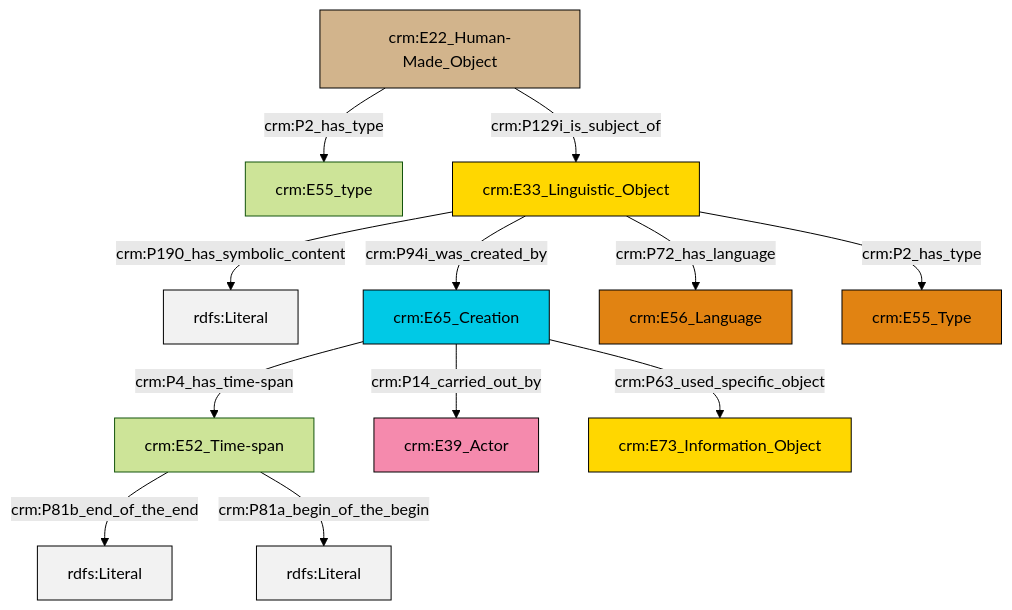
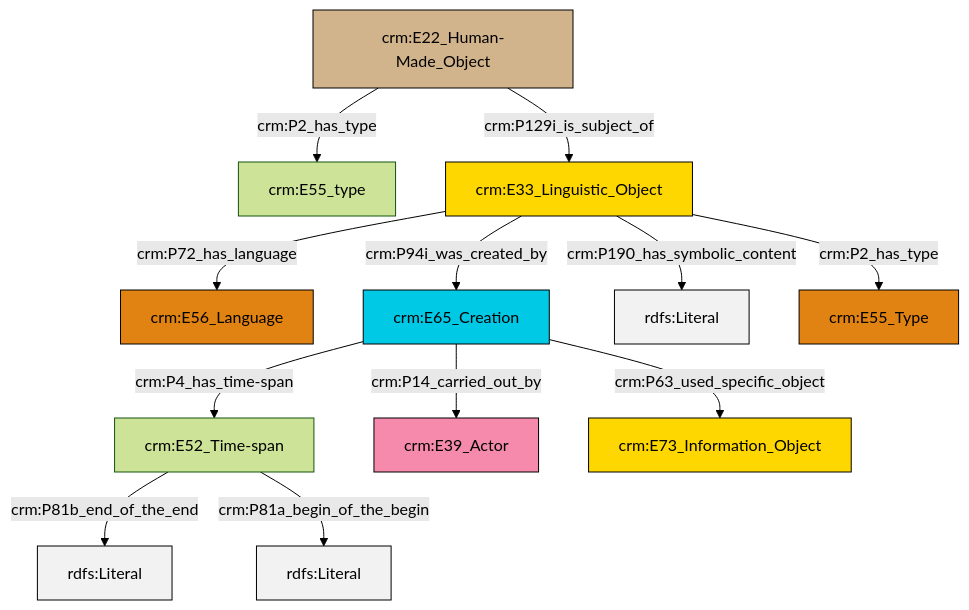
Before and after one commit to swiss-art-research-net/docs.swissartresearch: the diagram in et/artworkCSV/ttl/mmd/Artwork_Description.ttl.mmd, drawn with Mermaid (forest theme). The commit also changed 175 other files, not shown here.

```diff
--- a/et/artworkCSV/ttl/mmd/Artwork_Description.ttl.mmd
+++ b/et/artworkCSV/ttl/mmd/Artwork_Description.ttl.mmd
@@ -1,26 +1,26 @@
 graph TD
 classDef Literal fill:#f2f2f2,stroke:#000000;
 classDef CRM_Entity fill:#FFFFFF,stroke:#000000;
 classDef Temporal_Entity fill:#00C9E6, stroke:#000000;
 classDef Type fill:#E18312, stroke:#000000;
 classDef Time-Span fill:#2C9C91, stroke:#000000;
 classDef Appellation fill:#FFEB7F, stroke:#000000;
 classDef Place fill:#008836, stroke:#000000;
 classDef Persistent_Item fill:#B266B2, stroke:#000000;
 classDef Conceptual_Object fill:#FFD700, stroke:#000000;
 classDef Physical_Thing fill:#D2B48C, stroke:#000000;
 classDef Actor fill:#f58aad, stroke:#000000;
 classDef PC_Classes fill:#4ce600, stroke:#000000;
 classDef Multi fill:#cccccc,stroke:#000000;
 
-2["crm:E33_Linguistic_Object"]:::Conceptual_Object -->|crm:P190_has_symbolic_content| 3[rdfs:Literal]:::Literal
-4["crm:E65_Creation"]:::Temporal_Entity -->|crm:P4_has_time-span| 5["crm:E52_Time-span"]:::Default
-2["crm:E33_Linguistic_Object"]:::Conceptual_Object -->|crm:P72_has_language| 6["crm:E56_Language"]:::Type
-2["crm:E33_Linguistic_Object"]:::Conceptual_Object -->|crm:P2_has_type| 7["crm:E55_Type"]:::Type
-5["crm:E52_Time-span"]:::Default -->|crm:P81b_end_of_the_end| 12[rdfs:Literal]:::Literal
-4["crm:E65_Creation"]:::Temporal_Entity -->|crm:P14_carried_out_by| 14["crm:E39_Actor"]:::Actor
-9["crm:E22_Human-Made_Object"]:::Physical_Thing -->|crm:P129i_is_subject_of| 2["crm:E33_Linguistic_Object"]:::Conceptual_Object
-5["crm:E52_Time-span"]:::Default -->|crm:P81a_begin_of_the_begin| 18[rdfs:Literal]:::Literal
-2["crm:E33_Linguistic_Object"]:::Conceptual_Object -->|crm:P94i_was_created_by| 4["crm:E65_Creation"]:::Temporal_Entity
-4["crm:E65_Creation"]:::Temporal_Entity -->|crm:P63_used_specific_object| 16["crm:E73_Information_Object"]:::Conceptual_Object
-9["crm:E22_Human-Made_Object"]:::Physical_Thing -->|crm:P2_has_type| 0["crm:E55_type"]:::Default
+2["crm:E22_Human-Made_Object"]:::Physical_Thing -->|crm:P2_has_type| 3["crm:E55_type"]:::Default
+4["crm:E52_Time-span"]:::Default -->|crm:P81b_end_of_the_end| 5[rdfs:Literal]:::Literal
+6["crm:E65_Creation"]:::Temporal_Entity -->|crm:P14_carried_out_by| 7["crm:E39_Actor"]:::Actor
+8["crm:E33_Linguistic_Object"]:::Conceptual_Object -->|crm:P72_has_language| 0["crm:E56_Language"]:::Type
+6["crm:E65_Creation"]:::Temporal_Entity -->|crm:P63_used_specific_object| 10["crm:E73_Information_Object"]:::Conceptual_Object
+4["crm:E52_Time-span"]:::Default -->|crm:P81a_begin_of_the_begin| 13[rdfs:Literal]:::Literal
+8["crm:E33_Linguistic_Object"]:::Conceptual_Object -->|crm:P190_has_symbolic_content| 14[rdfs:Literal]:::Literal
+6["crm:E65_Creation"]:::Temporal_Entity -->|crm:P4_has_time-span| 4["crm:E52_Time-span"]:::Default
+8["crm:E33_Linguistic_Object"]:::Conceptual_Object -->|crm:P94i_was_created_by| 6["crm:E65_Creation"]:::Temporal_Entity
+8["crm:E33_Linguistic_Object"]:::Conceptual_Object -->|crm:P2_has_type| 16["crm:E55_Type"]:::Type
+2["crm:E22_Human-Made_Object"]:::Physical_Thing -->|crm:P129i_is_subject_of| 8["crm:E33_Linguistic_Object"]:::Conceptual_Object
```
